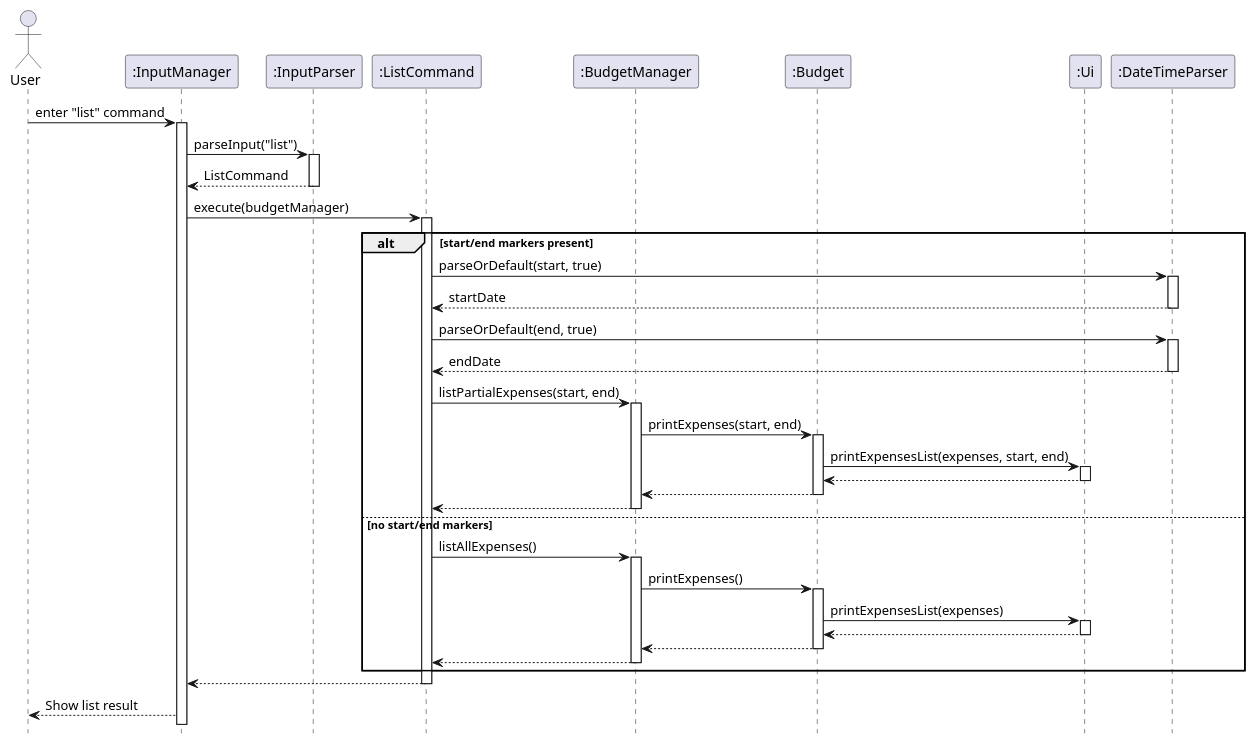
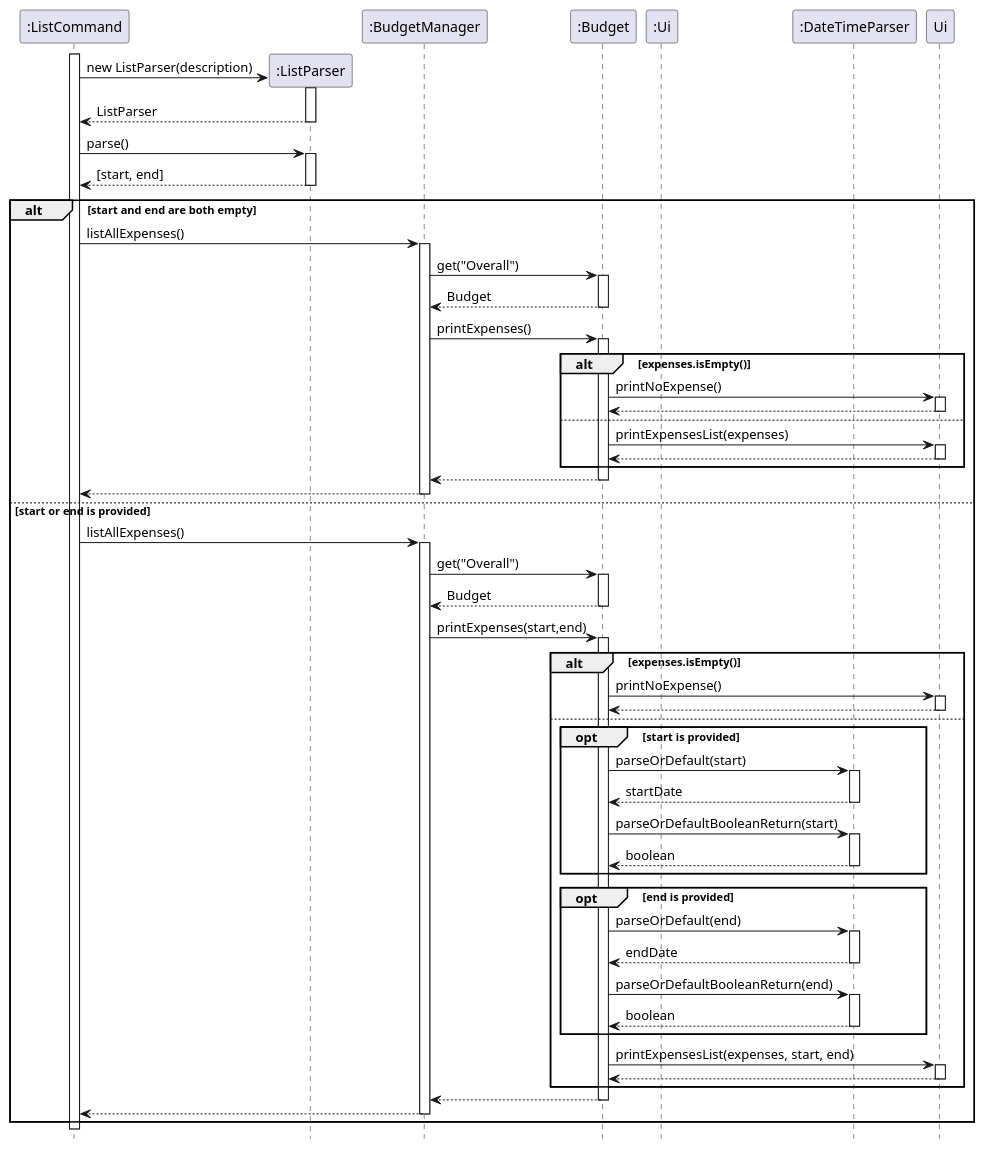
The diagram in docs/diagrams/ListCommandSequenceDiagram.puml (AY2425S2-CS2113-T12-4/tp), drawn with PlantUML before and after one commit. The commit also changed 1 other file, not shown here.

Commit message:
Update List Command Sequence Diagram

```diff
--- a/docs/diagrams/ListCommandSequenceDiagram.puml
+++ b/docs/diagrams/ListCommandSequenceDiagram.puml
@@ -1,69 +1,102 @@
 @startuml
+hide footbox
 
-hide footbox
-actor User
+participant ":ListCommand" as LC
+participant ":ListParser" as P
+participant ":BudgetManager" as BM
+participant ":Budget" as B
+participant ":Ui"
+participant ":DateTimeParser" as DTP
 
-participant ":InputManager" as InputManager
-participant ":InputParser" as InputParser
-participant ":ListCommand" as ListCommand
-participant ":BudgetManager" as BudgetManager
-participant ":Budget" as Budget
-participant ":Ui" as Ui
-participant ":DateTimeParser" as DateTimeParser
+activate LC
+create P
+LC -> P : new ListParser(description)
+activate P
+P --> LC : ListParser
+deactivate P
 
-User -> InputManager : enter "list" command
-activate InputManager
-InputManager -> InputParser : parseInput("list")
-activate InputParser
-InputParser --> InputManager : ListCommand
-deactivate InputParser
+LC -> P : parse()
+activate P
+P --> LC : [start, end]
+deactivate P
 
-InputManager -> ListCommand : execute(budgetManager)
-activate ListCommand
+alt start and end are both empty
+    LC -> BM : listAllExpenses()
+    activate BM
+    BM -> B : get("Overall")
+    activate B
+    B --> BM : Budget
+    deactivate B
+    BM -> B : printExpenses()
+    activate B
 
-alt start/end markers present
-    ListCommand -> DateTimeParser : parseOrDefault(start, true)
-    activate DateTimeParser
-    DateTimeParser --> ListCommand : startDate
-    deactivate DateTimeParser
+    alt expenses.isEmpty()
+        B -> Ui : printNoExpense()
+        activate Ui
+        Ui --> B
+        deactivate Ui
+    else
+        B -> Ui : printExpensesList(expenses)
+        activate Ui
+        Ui --> B
+        deactivate Ui
+    end
 
-    ListCommand -> DateTimeParser : parseOrDefault(end, true)
-    activate DateTimeParser
-    DateTimeParser --> ListCommand : endDate
-    deactivate DateTimeParser
+    B --> BM
+    deactivate B
+    BM --> LC
+    deactivate BM
 
-    ListCommand -> BudgetManager : listPartialExpenses(start, end)
-    activate BudgetManager
-    BudgetManager -> Budget : printExpenses(start, end)
-    activate Budget
-    Budget -> Ui : printExpensesList(expenses, start, end)
-    activate Ui
-    Ui --> Budget
-    deactivate Ui
-    Budget --> BudgetManager
+else start or end is provided
+    LC -> BM : listAllExpenses()
+    activate BM
+    BM -> B : get("Overall")
+    activate B
+    B --> BM : Budget
+    deactivate B
+    BM -> B : printExpenses(start,end)
+    activate B
+    alt expenses.isEmpty()
+        B -> Ui : printNoExpense()
+        activate Ui
+        Ui --> B
+        deactivate Ui
+    else
+        opt start is provided
+            B -> DTP : parseOrDefault(start)
+            activate DTP
+            DTP --> B : startDate
+            deactivate DTP
 
+            B -> DTP : parseOrDefaultBooleanReturn(start)
+            activate DTP
+            DTP --> B : boolean
+            deactivate DTP
+        end
 
-    deactivate Budget
-    BudgetManager -->ListCommand
-    deactivate BudgetManager
+        opt end is provided
+            B -> DTP : parseOrDefault(end)
+            activate DTP
+            DTP --> B : endDate
+            deactivate DTP
 
-else no start/end markers
-    ListCommand -> BudgetManager : listAllExpenses()
-    activate BudgetManager
-    BudgetManager -> Budget : printExpenses()
-    activate Budget
-    Budget -> Ui : printExpensesList(expenses)
-    activate Ui
-    Ui --> Budget
-    deactivate Ui
-    Budget --> BudgetManager
-    deactivate Budget
-    BudgetManager -->ListCommand
-    deactivate BudgetManager
+            B -> DTP : parseOrDefaultBooleanReturn(end)
+            activate DTP
+            DTP --> B : boolean
+            deactivate DTP
+        end
+
+        B -> Ui : printExpensesList(expenses, start, end)
+        activate Ui
+        Ui --> B
+        deactivate Ui
+    end
+
+    B --> BM
+    deactivate B
+    BM --> LC
+    deactivate BM
 end
-ListCommand --> InputManager
 
-deactivate ListCommand
-InputManager --> User: Show list result
-
+deactivate LC
 @enduml
```
